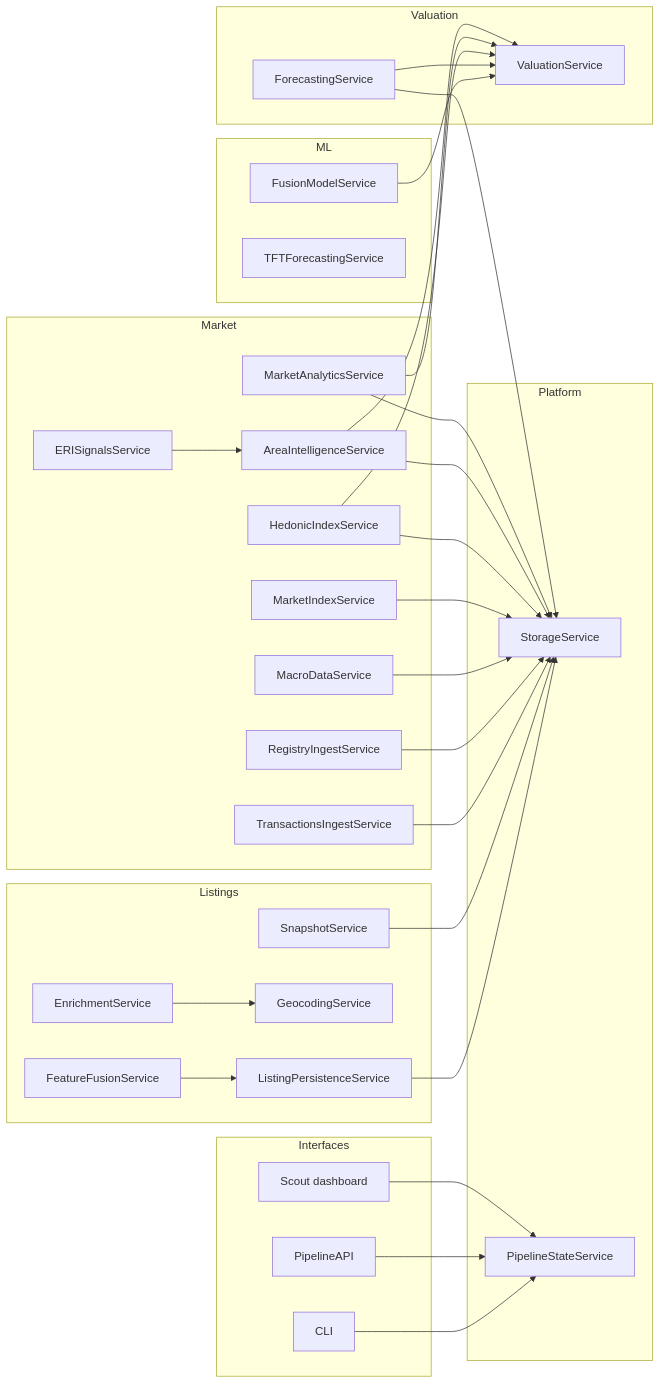
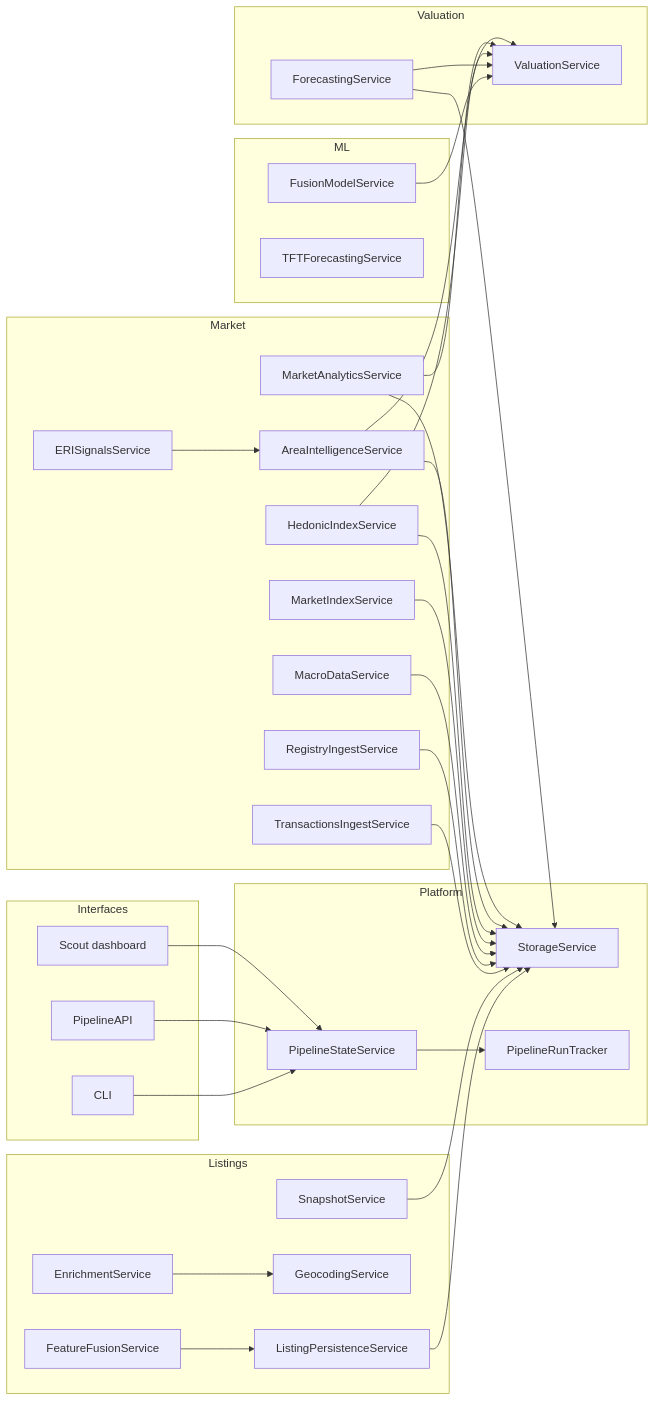
Before and after one commit to Nirtzur0/PropertyScanner: the first of 2 diagrams in docs/04_services_map.md, drawn with Mermaid. The commit also changed other lines of this file and 56 other files, not shown here.

````diff
--- a/docs/04_services_map.md
+++ b/docs/04_services_map.md
@@ -10,67 +10,69 @@
 ```mermaid
 flowchart LR
     subgraph Interfaces
         CLI["CLI"]
         API["PipelineAPI"]
         Dash["Scout dashboard"]
     end
 
     subgraph Platform
         Storage["StorageService"]
         PipelineState["PipelineStateService"]
+        Runs["PipelineRunTracker"]
     end
 
     subgraph Listings
         Snap["SnapshotService"]
         Enrich["EnrichmentService"]
         Geo["GeocodingService"]
         Fusion["FeatureFusionService"]
         Persist["ListingPersistenceService"]
     end
 
     subgraph Market
         Txn["TransactionsIngestService"]
         Registry["RegistryIngestService"]
         Macro["MacroDataService"]
         Indices["MarketIndexService"]
         Hedonic["HedonicIndexService"]
         Area["AreaIntelligenceService"]
         Analytics["MarketAnalyticsService"]
         ERI["ERISignalsService"]
     end
 
     subgraph ML
         FusionModel["FusionModelService"]
         TFT["TFTForecastingService"]
     end
 
     subgraph Valuation
         Forecast["ForecastingService"]
         Val["ValuationService"]
     end
 
     CLI --> PipelineState
     API --> PipelineState
     Dash --> PipelineState
+    PipelineState --> Runs
 
     Enrich --> Geo
     Fusion --> Persist --> Storage
     Snap --> Storage
 
     Txn --> Storage
     Registry --> Storage
     Macro --> Storage
     Indices --> Storage
     Hedonic --> Storage
     Area --> Storage
     ERI --> Area
 
     Analytics --> Storage
     Forecast --> Storage
 
     FusionModel --> Val
     Forecast --> Val
     Hedonic --> Val
     Analytics --> Val
     Area --> Val
 ```
````
